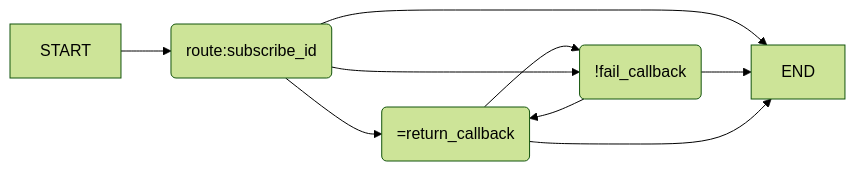
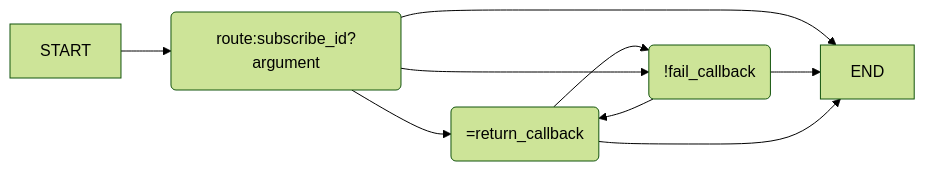
The first of 2 diagrams in docs/api/stage.md (datumflux/platform), drawn with Mermaid (forest theme) before and after one commit. The commit also changed other lines of this file, not shown here.

````diff
--- a/docs/api/stage.md
+++ b/docs/api/stage.md
@@ -576,11 +577,11 @@
         ```mermaid
         graph LR;
-          START --> A(route:subscribe_id);
+          START --> A(route:subscribe_id?argument);
           A --> END
           A --> B(=return_callback)
           B --> C
           C --> END
           A --> C(!fail_callback)
           C --> B
           B --> END
         ```
````
